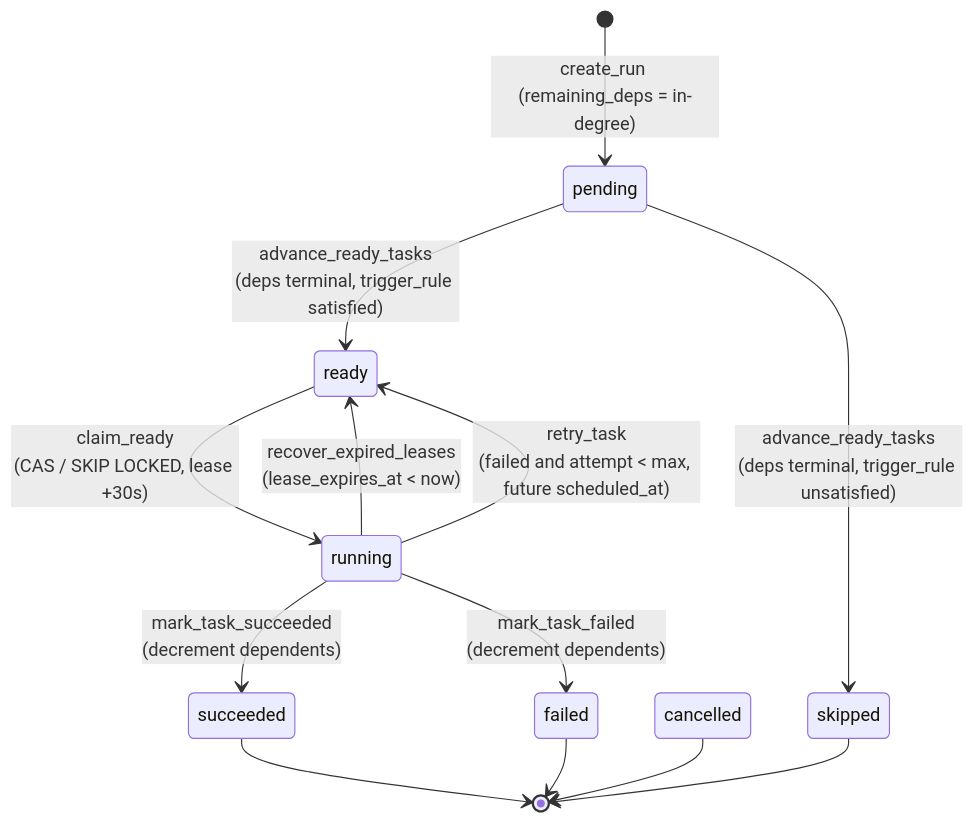
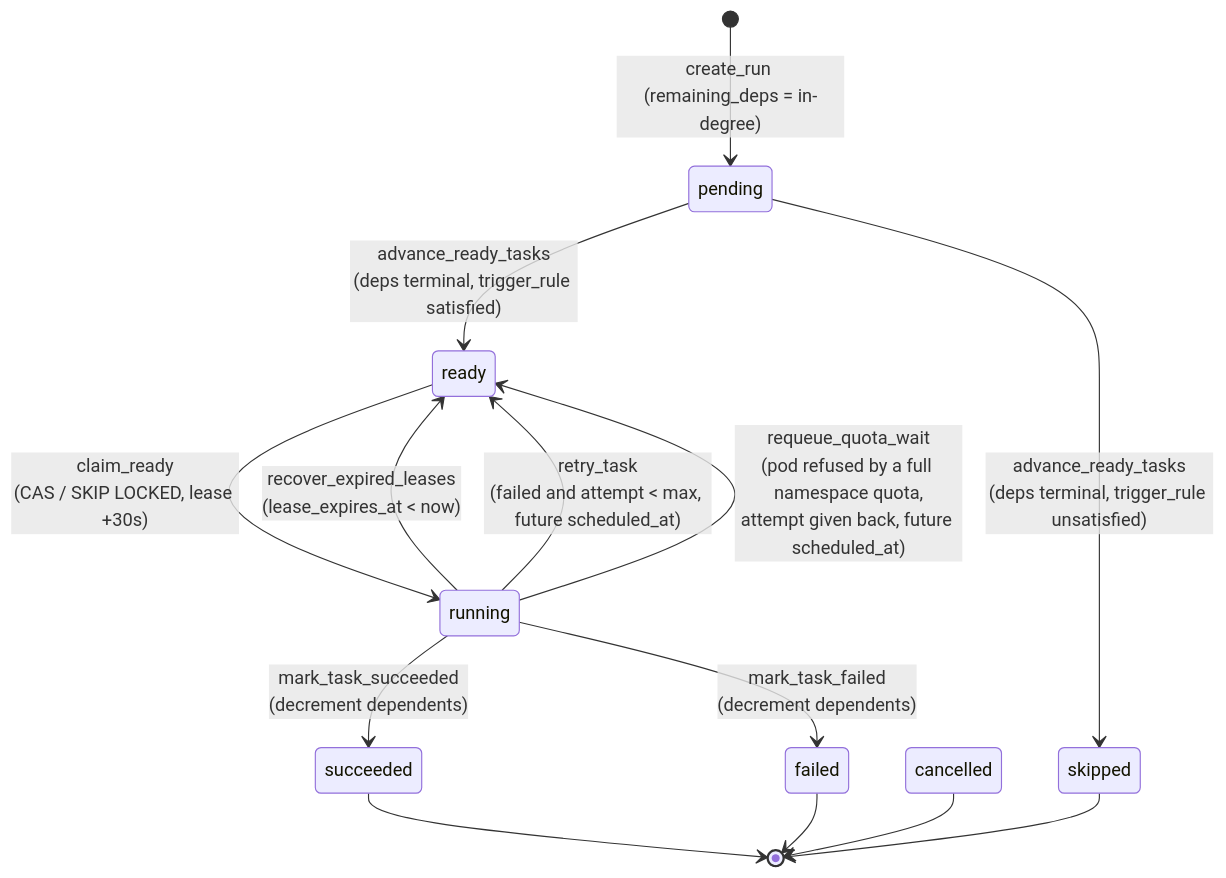
One commit to lucheeseng827/dagron changed the fourth of 14 diagrams in docs/ARCHITECTURE.md. Above: the diagram before and after it, drawn with Mermaid. The commit also changed other lines of this file and 1093 other files, not shown here.

````diff
--- a/docs/ARCHITECTURE.md
+++ b/docs/ARCHITECTURE.md
@@ -280,15 +283,16 @@
 ```mermaid
 stateDiagram-v2
     [*] --> pending: create_run (remaining_deps = in-degree)
     pending --> ready: advance_ready_tasks<br/>(deps terminal, trigger_rule satisfied)
     pending --> skipped: advance_ready_tasks<br/>(deps terminal, trigger_rule unsatisfied)
     ready --> running: claim_ready<br/>(CAS / SKIP LOCKED, lease +30s)
     running --> ready: recover_expired_leases<br/>(lease_expires_at < now)
     running --> ready: retry_task<br/>(failed and attempt < max, future scheduled_at)
+    running --> ready: requeue_quota_wait<br/>(pod refused by a full namespace quota,<br/>attempt given back, future scheduled_at)
     running --> succeeded: mark_task_succeeded<br/>(decrement dependents)
     running --> failed: mark_task_failed<br/>(decrement dependents)
     succeeded --> [*]
     failed --> [*]
     cancelled --> [*]
     skipped --> [*]
 ```
````
